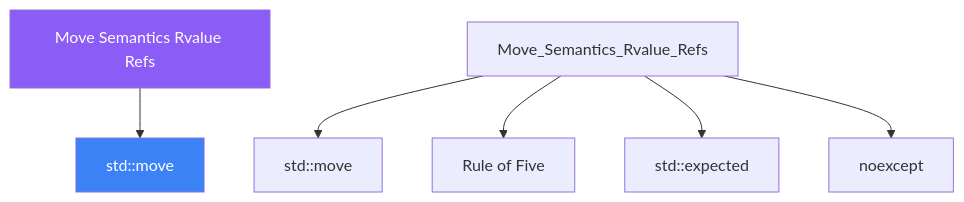
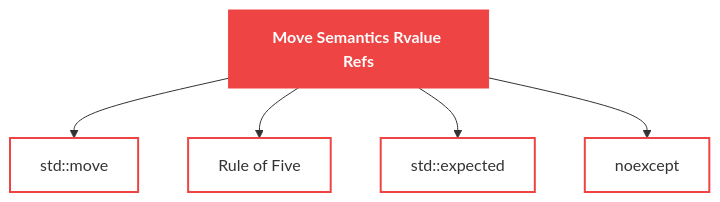
Before and after one commit to AI-Maddy/Learn-Modern-CPP-OOP-30-Days: the diagram in mkdocs-site/docs/days/day-13/02-definition.md, drawn with Mermaid. The commit also changed 99 other files, not shown here.

````diff
--- a/mkdocs-site/docs/days/day-13/02-definition.md
+++ b/mkdocs-site/docs/days/day-13/02-definition.md
@@ -77,10 +77,12 @@
 ```mermaid
 graph TD
-    ROOT["Move Semantics Rvalue Refs"] --> A["std::move"]
-    Move_Semantics_Rvalue_Refs --> stdmove["std::move"]
-    Move_Semantics_Rvalue_Refs --> Rule_of_Five["Rule of Five"]
-    Move_Semantics_Rvalue_Refs --> stdexpected["std::expected"]
-    Move_Semantics_Rvalue_Refs --> noexcept["noexcept"]
-    style ROOT fill:#8b5cf6,color:#fff
-    style A    fill:#3b82f6,color:#fff
+    ROOT["Move Semantics Rvalue Refs"]
+    ROOT --> n0["std::move"]
+    ROOT --> n1["Rule of Five"]
+    ROOT --> n2["std::expected"]
+    ROOT --> n3["noexcept"]
+    classDef topic fill:#ef4444,stroke:#ef4444,color:#ffffff,font-weight:bold
+    classDef concept fill:transparent,stroke:#ef4444,stroke-width:2px
+    class ROOT topic
+    class n0,n1,n2,n3 concept
 ```
````
